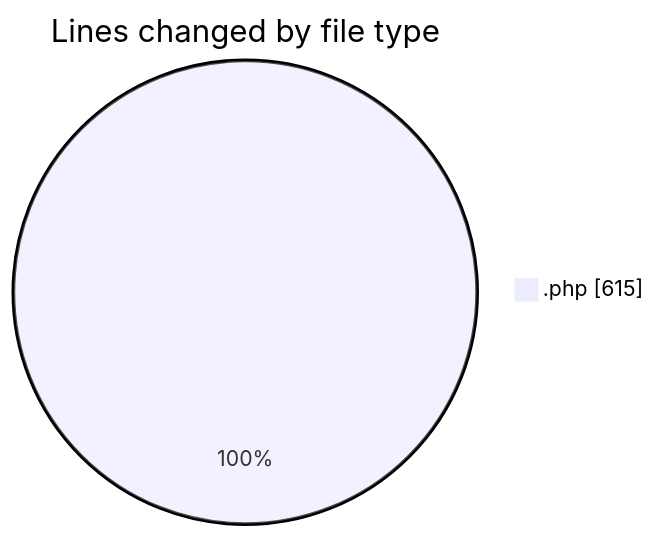
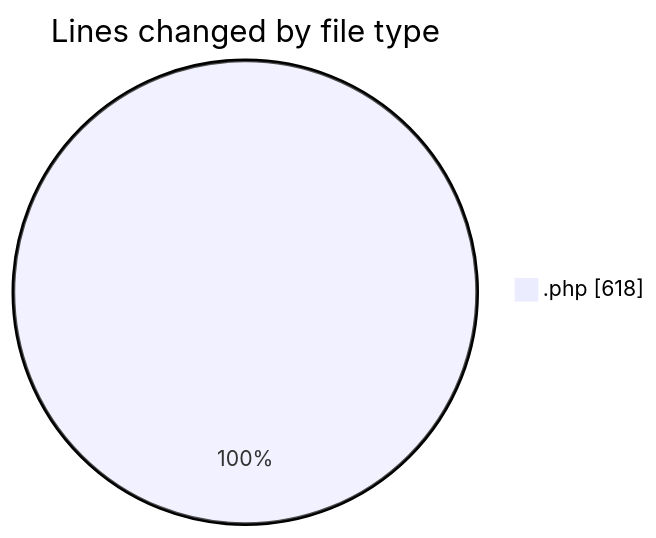
The first of 2 diagrams in 2026-08-27/oficina/README.md (LanceThiago/code-tracking), drawn with Mermaid before and after one commit. The commit also changed other lines of this file and 1 other file, not shown here.

````diff
--- a/2026-08-27/oficina/README.md
+++ b/2026-08-27/oficina/README.md
@@ -21,5 +21,5 @@
 ```mermaid
 pie showData
 title Lines changed by file type
-".php" : 615
+".php" : 618
 ```
````
